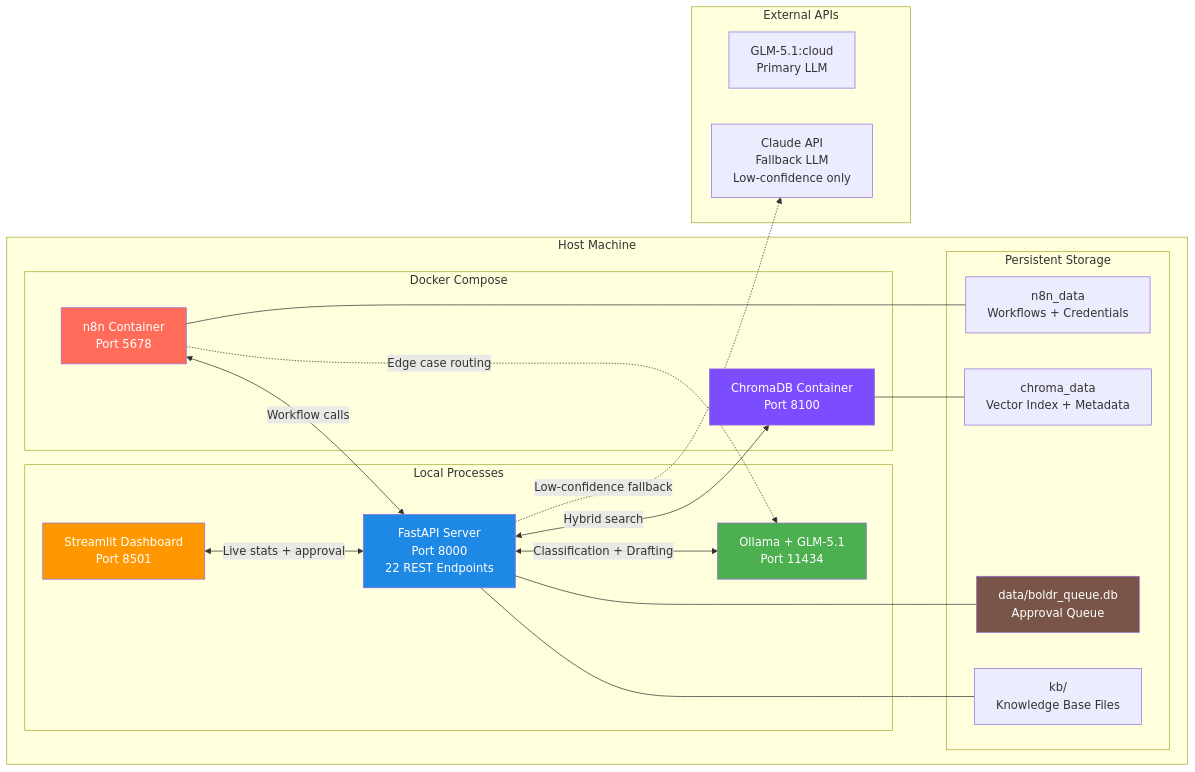
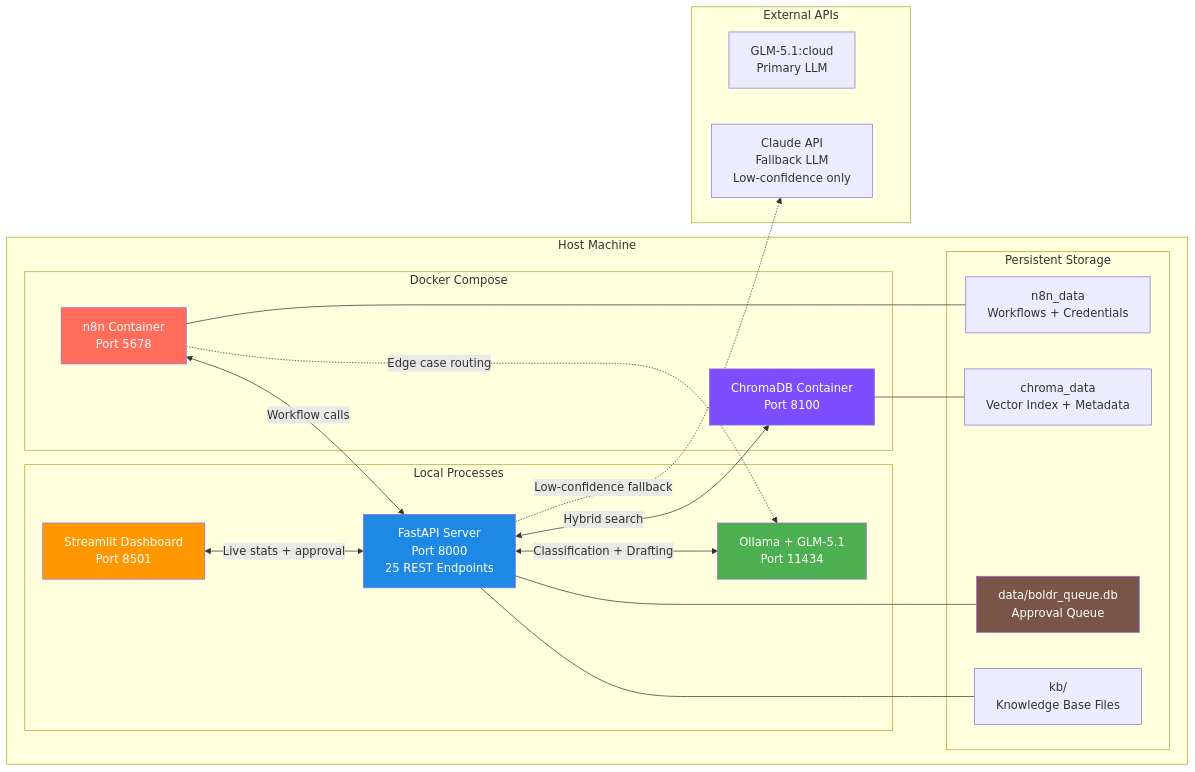
Before and after one commit to stevenyy88/BOLDR: the sixth of 7 diagrams in docs/architecture.md, drawn with Mermaid. The commit also changed other lines of this file and 6 other files, not shown here.

````diff
--- a/docs/architecture.md
+++ b/docs/architecture.md
@@ -459,46 +460,46 @@
 ```mermaid
 graph LR
     subgraph Host Machine
         subgraph Docker Compose
             N8N[n8n Container<br/>Port 5678]
             CHROMA[ChromaDB Container<br/>Port 8100]
         end
         
         subgraph Local Processes
-            API[FastAPI Server<br/>Port 8000<br/>22 REST Endpoints]
+            API[FastAPI Server<br/>Port 8000<br/>25 REST Endpoints]
             DASH[Streamlit Dashboard<br/>Port 8501]
             OLLAMA[Ollama + GLM-5.1<br/>Port 11434]
         end
         
         subgraph Persistent Storage
             N8N_DATA[n8n_data<br/>Workflows + Credentials]
             CHROMA_DATA[chroma_data<br/>Vector Index + Metadata]
             SQLITE[data/boldr_queue.db<br/>Approval Queue]
             KB_VOL[kb/<br/>Knowledge Base Files]
         end
     end
     
     subgraph External APIs
         GLM[GLM-5.1:cloud<br/>Primary LLM]
         CLAUDE[Claude API<br/>Fallback LLM<br/>Low-confidence only]
     end
     
     N8N --- N8N_DATA
     CHROMA --- CHROMA_DATA
     API --- SQLITE
     API --- KB_VOL
     
     N8N <-->|Workflow calls| API
     DASH <-->|Live stats + approval| API
     API <-->|Hybrid search| CHROMA
     API <-->|Classification + Drafting| OLLAMA
     API -.->|Low-confidence fallback| CLAUDE
     N8N -.->|Edge case routing| OLLAMA
     
     style N8N fill:#FF6D5A,color:#fff
     style CHROMA fill:#7C4DFF,color:#fff
     style API fill:#1E88E5,color:#fff
     style DASH fill:#FF9800,color:#fff
     style OLLAMA fill:#4CAF50,color:#fff
     style SQLITE fill:#795548,color:#fff
 ```
````
